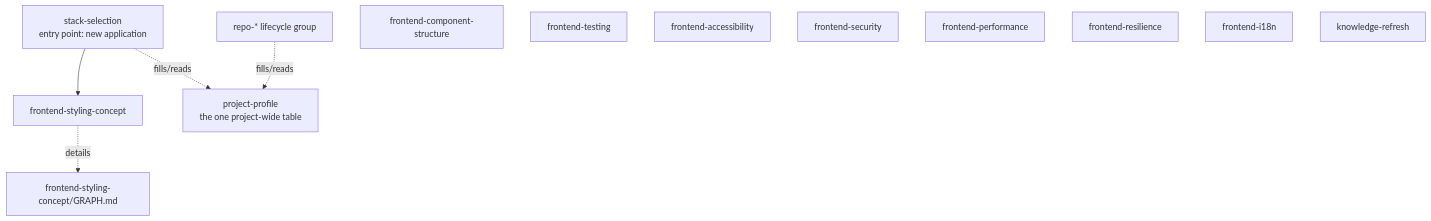
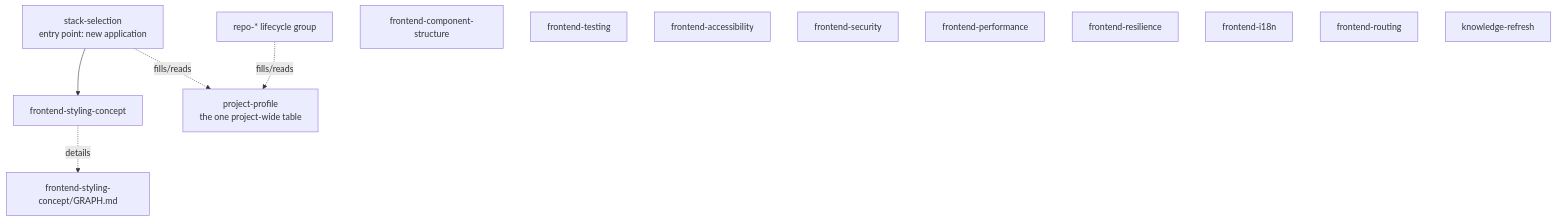
Before and after one commit to murpiano/murpiano-dx: the diagram in skills/GRAPH.md, drawn with Mermaid. The commit also changed other lines of this file and 3 other files, not shown here.

Commit message:
feat(core): add frontend-routing domain

````diff
--- a/skills/GRAPH.md
+++ b/skills/GRAPH.md
@@ -8,18 +8,19 @@
 ```mermaid
 flowchart TD
     profile[project-profile<br/>the one project-wide table]
     stack[stack-selection<br/>entry point: new application] --> frontend[frontend-styling-concept]
     repo[repo-* lifecycle group]
 
     stack -. fills/reads .-> profile
     repo -. fills/reads .-> profile
     frontend -. details .-> frontendGraph["frontend-styling-concept/GRAPH.md"]
     structure[frontend-component-structure]
     testing[frontend-testing]
     a11y[frontend-accessibility]
     security[frontend-security]
     perf[frontend-performance]
     resilience[frontend-resilience]
     i18n[frontend-i18n]
+    routing[frontend-routing]
     knowledge[knowledge-refresh]
 ```
````
